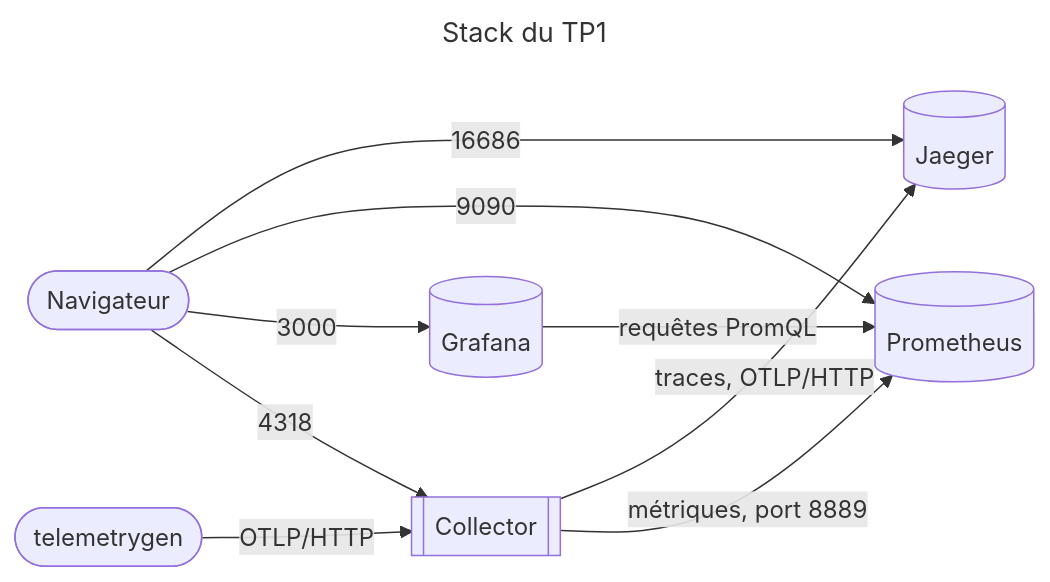
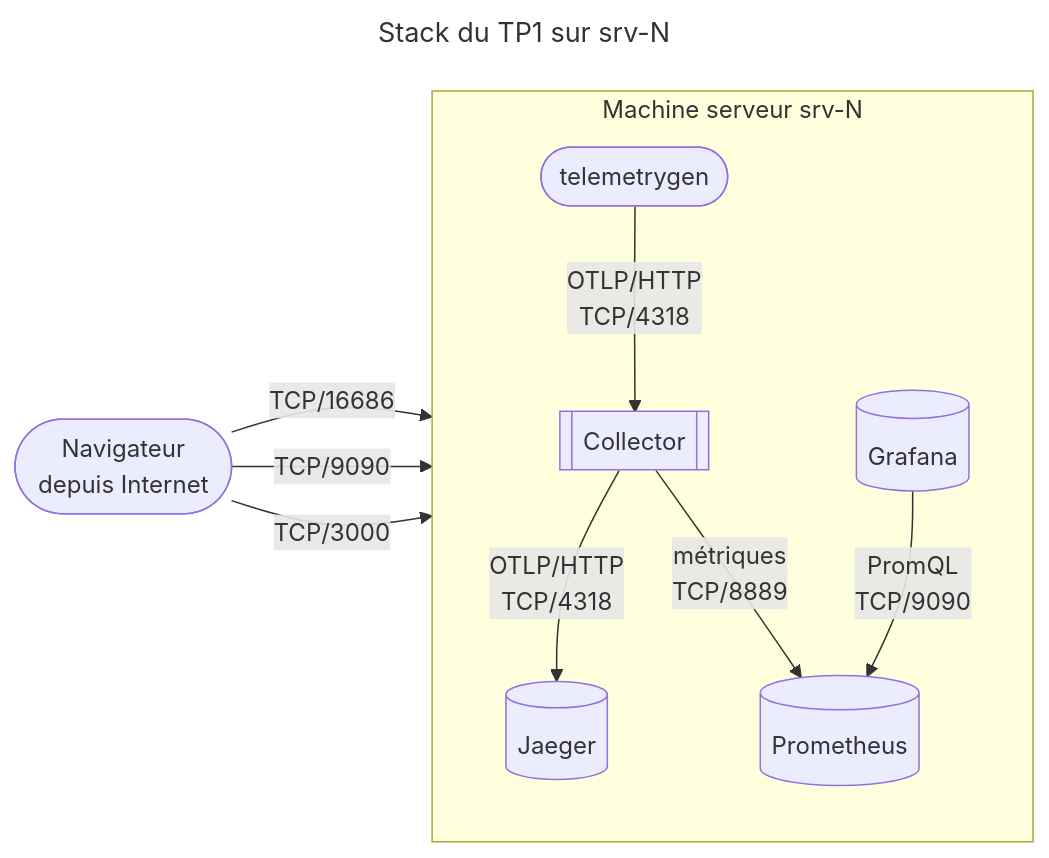
Before and after one commit to pragmatic-fermat/opentelemetry-labs: the first of 4 diagrams in Lab_TP01_Socle.md, drawn with Mermaid. The commit also changed other lines of this file and 1 other file, not shown here.

First line of the commit message:
TP1 : déployé sur la machine serveur, schémas du setup réel

````diff
--- a/Lab_TP01_Socle.md
+++ b/Lab_TP01_Socle.md
@@ -121,14 +98,24 @@
 ```mermaid
 ---
-title: Stack du TP1
+title: Stack du TP1 sur srv-N
 ---
 flowchart LR
-  browser([Navigateur]) -->|16686| J[(Jaeger)]
-  browser -->|9090| P[(Prometheus)]
-  browser -->|3000| G[(Grafana)]
-  browser -->|4318| O[[Collector]]
-  O -->|traces, OTLP/HTTP| J
-  O -->|métriques, port 8889| P
-  G -->|requêtes PromQL| P
-  T([telemetrygen]) -->|OTLP/HTTP| O
+  B([Navigateur<br/>depuis Internet])
+
+  subgraph S["Machine serveur srv-N"]
+    direction TB
+    J[(Jaeger)]
+    P[(Prometheus)]
+    G[(Grafana)]
+    O[[Collector]]
+    T([telemetrygen])
+    O -->|OTLP/HTTP<br/>TCP/4318| J
+    O -->|métriques<br/>TCP/8889| P
+    G -->|PromQL<br/>TCP/9090| P
+    T -->|OTLP/HTTP<br/>TCP/4318| O
+  end
+
+  B -->|TCP/16686| J
+  B -->|TCP/9090| P
+  B -->|TCP/3000| G
 ```
````
